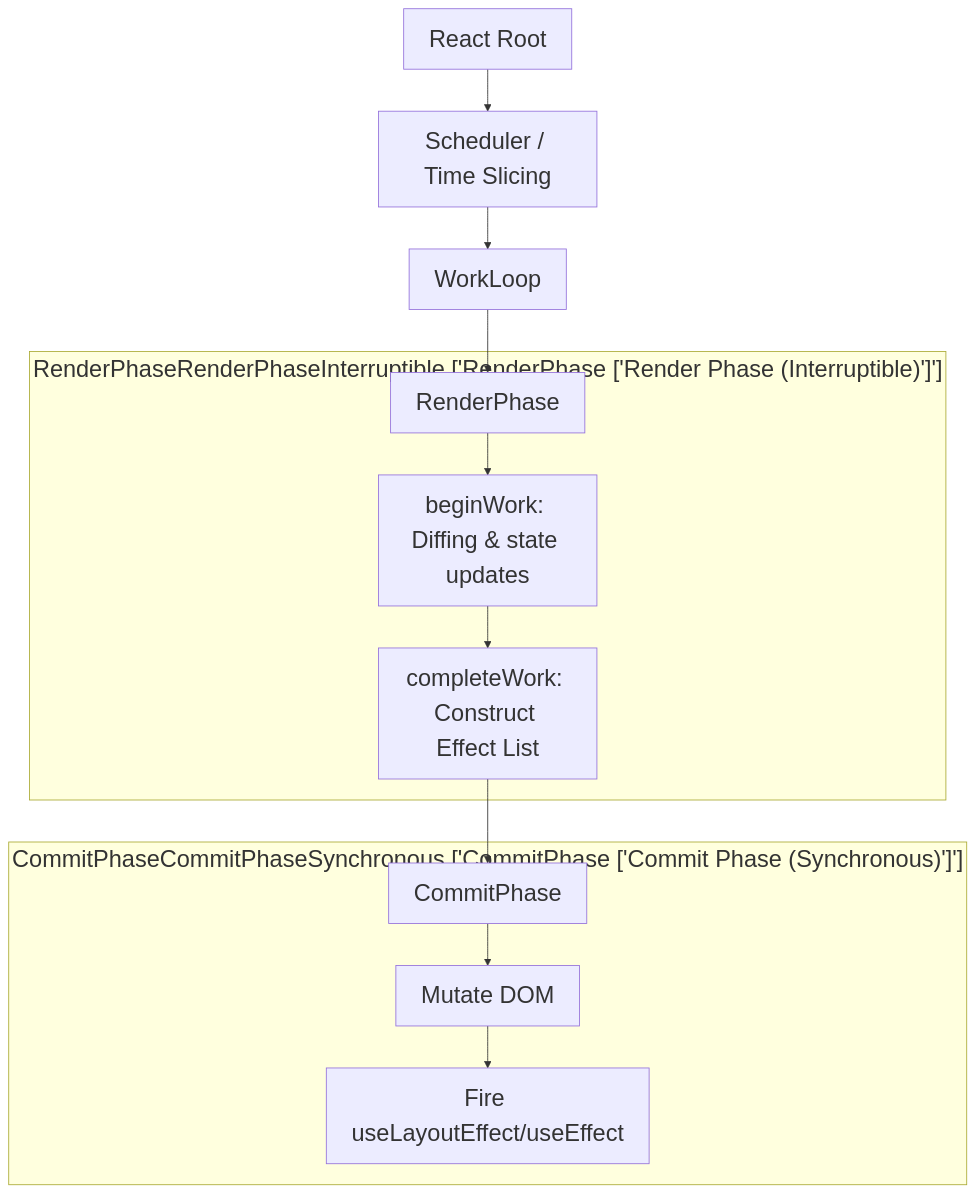
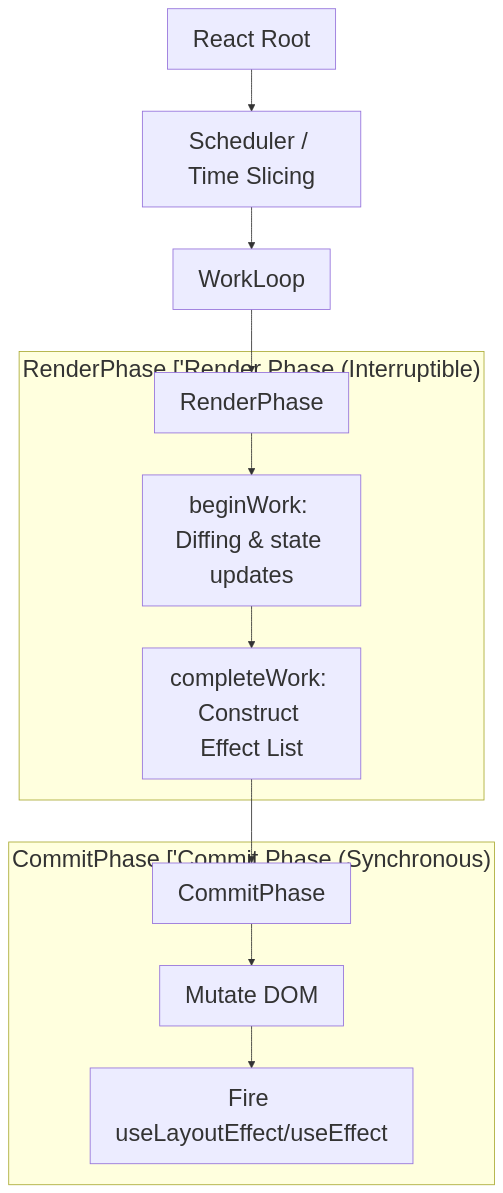
One commit to j4flmao/agent-skills changed the diagram in skills/frontend/react/react-fiber/SKILL.md. Above: the diagram before and after it, drawn with Mermaid. The commit also changed 38 other files, not shown here.

Commit message:
style(skills): Add padding to Mermaid subgraphs to prevent label overlap with nodes

````diff
--- a/skills/frontend/react/react-fiber/SKILL.md
+++ b/skills/frontend/react/react-fiber/SKILL.md
@@ -73,20 +73,20 @@
 ```mermaid
 %%{init: {"theme": "default", "themeVariables": {"fontSize": "28px"}, "flowchart": {"useMaxWidth": false}}}%%
 flowchart TD
     Root[React Root] --> Schedule[Scheduler / Time Slicing]
     
     Schedule --> WorkLoop
     WorkLoop --> RenderPhase
     
-    subgraph RenderPhaseRenderPhaseInterruptibleRenderPhaseRenderPhaseInterruptible ["RenderPhaseRenderPhaseInterruptible ['RenderPhase ['Render Phase (Interruptible)']']"]
+    subgraph RenderPhaseRenderPhaseInterruptibleRenderPhaseRenderPhaseInterruptible ["RenderPhase ['Render Phase (Interruptible)<br/>"]
         RenderPhase --> BeginWork[beginWork: Diffing & state updates]
         BeginWork --> CompleteWork[completeWork: Construct Effect List]
     end
     
     CompleteWork --> CommitPhase
     
-    subgraph CommitPhaseCommitPhaseSynchronousCommitPhaseCommitPhaseSynchronous ["CommitPhaseCommitPhaseSynchronous ['CommitPhase ['Commit Phase (Synchronous)']']"]
+    subgraph CommitPhaseCommitPhaseSynchronousCommitPhaseCommitPhaseSynchronous ["CommitPhase ['Commit Phase (Synchronous)<br/>"]
         CommitPhase --> DOMMutations[Mutate DOM]
         DOMMutations --> LifecycleHooks[Fire useLayoutEffect/useEffect]
     end
 ```
````
